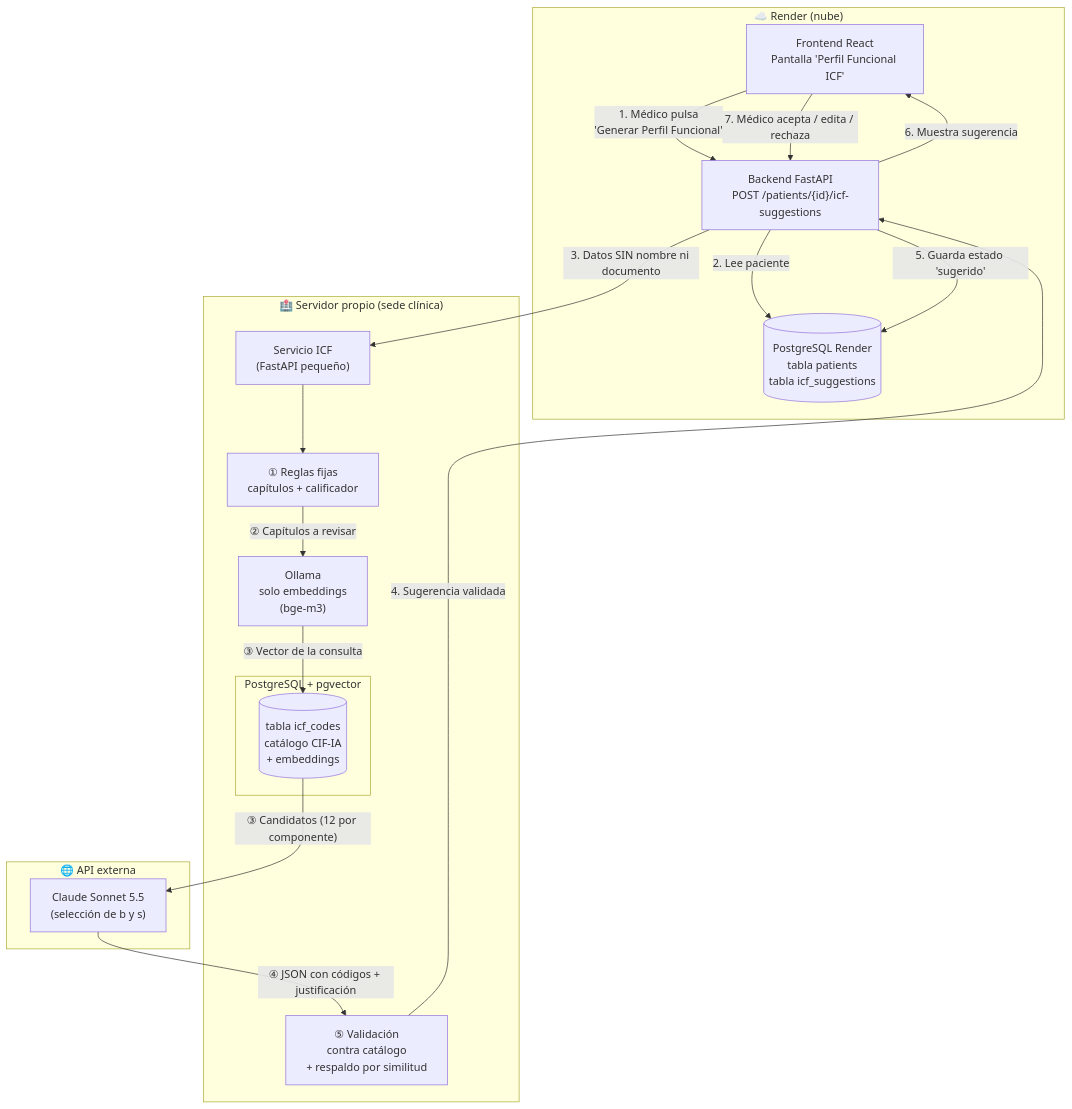
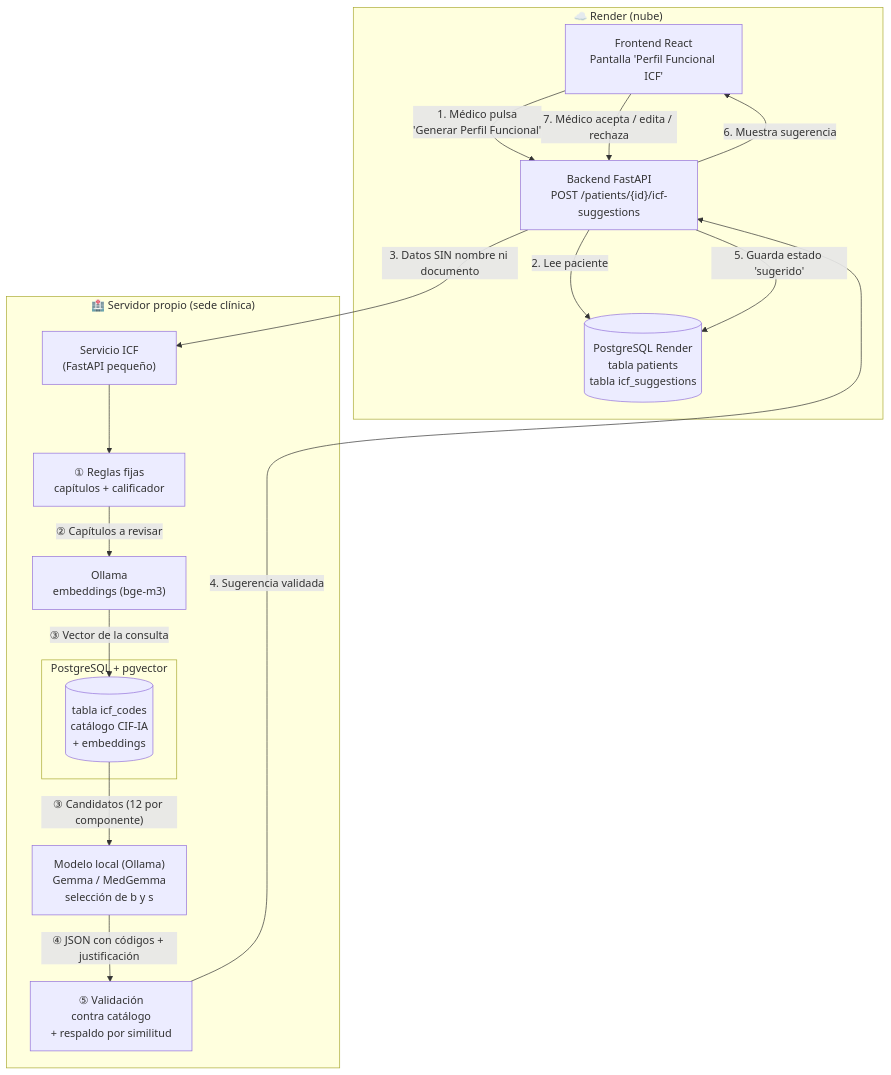
Before and after one commit to jaquimbayoc7/health-access-bridge: the first of 3 diagrams in docs/diagrams/rag-icf-postgresql.md, drawn with Mermaid. The commit also changed other lines of this file and 10 other files, not shown here.

First line of the commit message:
docs(hu-07): modelo local sin APIs externas, escalera Gemma/MedGemma y reestimacion a 33 pts

````diff
--- a/docs/diagrams/rag-icf-postgresql.md
+++ b/docs/diagrams/rag-icf-postgresql.md
@@ -25,35 +25,32 @@
 ```mermaid
 flowchart TB
     subgraph NUBE["☁️ Render (nube)"]
         FE["Frontend React<br/>Pantalla 'Perfil Funcional ICF'"]
         BE["Backend FastAPI<br/>POST /patients/{id}/icf-suggestions"]
         DBP[("PostgreSQL Render<br/>tabla patients<br/>tabla icf_suggestions")]
     end
 
     subgraph LOCAL["🏥 Servidor propio (sede clínica)"]
         SVC["Servicio ICF<br/>(FastAPI pequeño)"]
         RULES["① Reglas fijas<br/>capítulos + calificador"]
         subgraph PG["PostgreSQL + pgvector"]
             CAT[("tabla icf_codes<br/>catálogo CIF-IA<br/>+ embeddings")]
         end
-        EMB["Ollama<br/>solo embeddings<br/>(bge-m3)"]
+        EMB["Ollama<br/>embeddings (bge-m3)"]
+        LLM["Modelo local (Ollama)<br/>Gemma / MedGemma<br/>selección de b y s"]
         VAL["⑤ Validación<br/>contra catálogo<br/>+ respaldo por similitud"]
-    end
-
-    subgraph EXT["🌐 API externa"]
-        LLM["Claude Sonnet 5.5<br/>(selección de b y s)"]
     end
 
     FE -->|"1. Médico pulsa<br/>'Generar Perfil Funcional'"| BE
     BE -->|"2. Lee paciente"| DBP
     BE -->|"3. Datos SIN nombre ni documento"| SVC
     SVC --> RULES
     RULES -->|"② Capítulos a revisar"| EMB
     EMB -->|"③ Vector de la consulta"| CAT
     CAT -->|"③ Candidatos (12 por componente)"| LLM
     LLM -->|"④ JSON con códigos + justificación"| VAL
     VAL -->|"4. Sugerencia validada"| BE
     BE -->|"5. Guarda estado 'sugerido'"| DBP
     BE -->|"6. Muestra sugerencia"| FE
     FE -->|"7. Médico acepta / edita / rechaza"| BE
 ```
````
